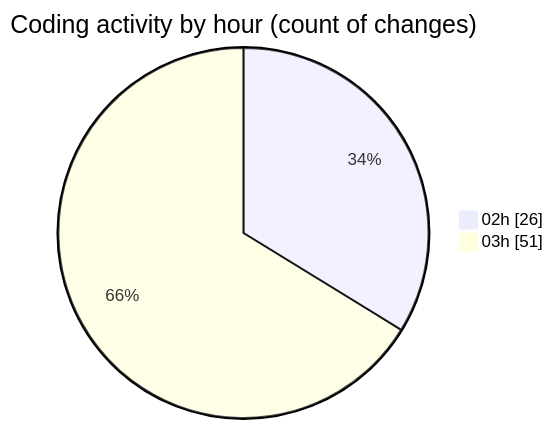
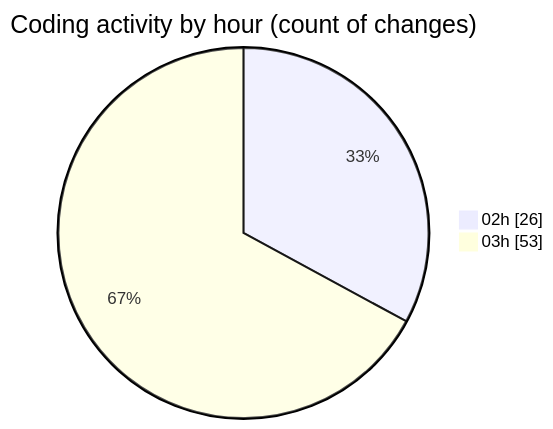
The second of 2 diagrams in 2025-02-22/micros/README.md (charlie-sans/code-tracking), drawn with Mermaid before and after one commit. The commit also changed other lines of this file and 1 other file, not shown here.

````diff
--- a/2025-02-22/micros/README.md
+++ b/2025-02-22/micros/README.md
@@ -47,6 +49,6 @@
 ```mermaid
 pie showData
 title Coding activity by hour (count of changes)
 "02h" : 26
-"03h" : 51
+"03h" : 53
 ```
````
